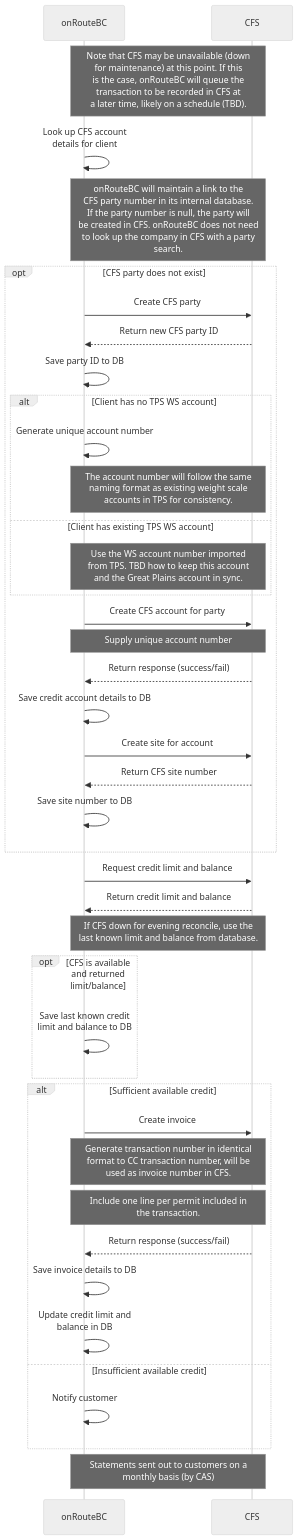
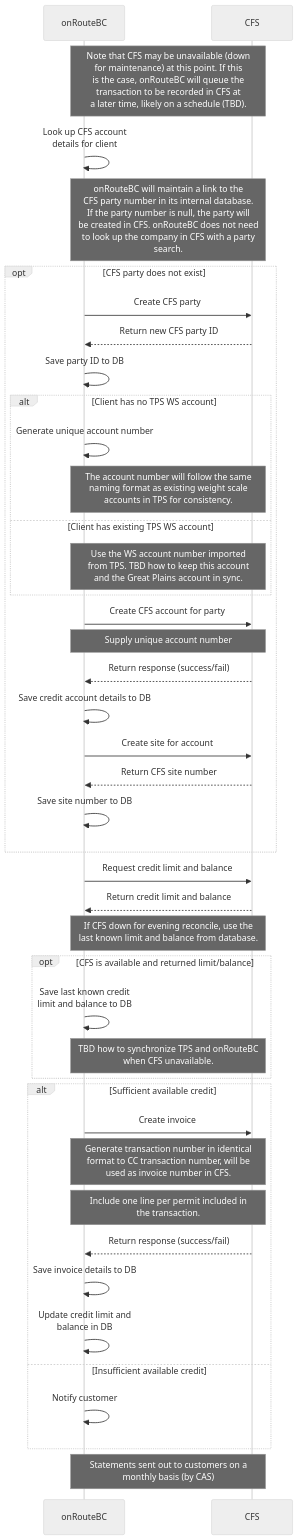
One commit to bcgov/onroutebc changed the diagram in common/payment/Credit Account CFS Sequence.md. Above: the diagram before and after it, drawn with Mermaid (neutral theme).

Commit message:
Add note about TPS sync

````diff
--- a/common/payment/Credit Account CFS Sequence.md
+++ b/common/payment/Credit Account CFS Sequence.md
@@ -5,43 +5,44 @@
 ```mermaid
 sequenceDiagram
     participant onRouteBC
     participant CFS
     note over onRouteBC,CFS: Note that CFS may be unavailable (down<br/>for maintenance) at this point. If this<br/>is the case, onRouteBC will queue the<br/>transaction to be recorded in CFS at<br/>a later time, likely on a schedule (TBD).
     onRouteBC->>onRouteBC: Look up CFS account<br/>details for client
     note over onRouteBC,CFS: onRouteBC will maintain a link to the <br/>CFS party number in its internal database.<br/>If the party number is null, the party will<br/>be created in CFS. onRouteBC does not need<br/>to look up the company in CFS with a party<br/>search.
     opt CFS party does not exist
         onRouteBC->>CFS: Create CFS party
         CFS-->>onRouteBC: Return new CFS party ID
         onRouteBC->>onRouteBC: Save party ID to DB
         alt Client has no TPS WS account
             onRouteBC->>onRouteBC: Generate unique account number
             note over onRouteBC,CFS: The account number will follow the same<br/>naming format as existing weight scale<br/>accounts in TPS for consistency.
         else Client has existing TPS WS account
             note over onRouteBC,CFS: Use the WS account number imported<br/>from TPS. TBD how to keep this account<br/>and the Great Plains account in sync.
         end
         onRouteBC->>CFS: Create CFS account for party
         note over onRouteBC,CFS: Supply unique account number
         CFS-->>onRouteBC: Return response (success/fail)
         onRouteBC->>onRouteBC: Save credit account details to DB
         onRouteBC->>CFS: Create site for account
         CFS-->>onRouteBC: Return CFS site number
         onRouteBC->>onRouteBC: Save site number to DB
     end
     onRouteBC->>CFS: Request credit limit and balance
     CFS-->>onRouteBC: Return credit limit and balance
     note over onRouteBC,CFS: If CFS down for evening reconcile, use the<br/>last known limit and balance from database.
     opt CFS is available and returned limit/balance
         onRouteBC->>onRouteBC: Save last known credit<br/>limit and balance to DB
+        note over onRouteBC,CFS: TBD how to synchronize TPS and onRouteBC<br/>when CFS unavailable.
     end
     alt Sufficient available credit
         onRouteBC->>CFS: Create invoice
         note over onRouteBC,CFS: Generate transaction number in identical<br/>format to CC transaction number, will be<br/>used as invoice number in CFS.
         note over onRouteBC,CFS: Include one line per permit included in<br/>the transaction.
         CFS-->>onRouteBC: Return response (success/fail)
         onRouteBC->>onRouteBC: Save invoice details to DB
         onRouteBC->>onRouteBC: Update credit limit and<br/>balance in DB
     else Insufficient available credit
         onRouteBC->>onRouteBC: Notify customer
     end
     note over onRouteBC,CFS: Statements sent out to customers on a<br/>monthly basis (by CAS)
 ```
````
